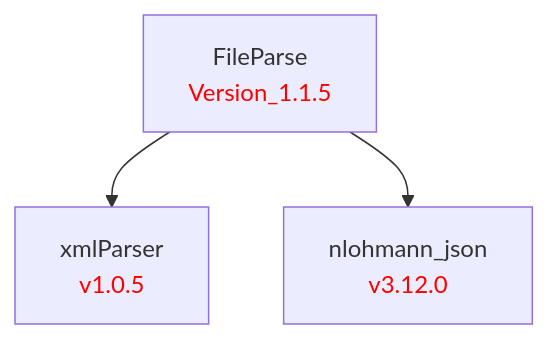
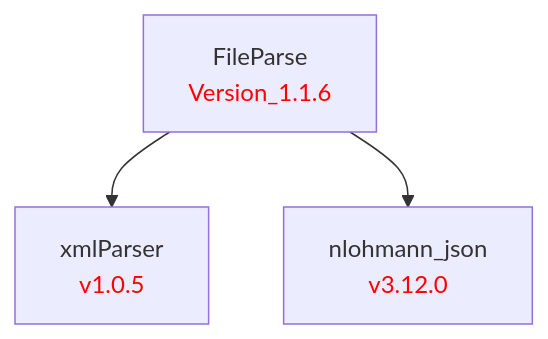
The diagram in doc/FileParse.md (LBNL-ETA/FileParse), drawn with Mermaid before and after one commit. The commit also changed 1 other file, not shown here.

Commit message:
Bump to Version_1.1.6; refresh dep chart

````diff
--- a/doc/FileParse.md
+++ b/doc/FileParse.md
@@ -1,11 +1,11 @@
 ```mermaid
 graph TD
     %% Package definitions
     xmlParser[xmlParser<br/><font color='red'>v1.0.5</font>]
     nlohmann_json[nlohmann_json<br/><font color='red'>v3.12.0</font>]
-    FileParse[FileParse<br/><font color='red'>Version_1.1.5</font>]
+    FileParse[FileParse<br/><font color='red'>Version_1.1.6</font>]
 
     %% Package relations
     FileParse --> xmlParser
     FileParse --> nlohmann_json
 ```
````
